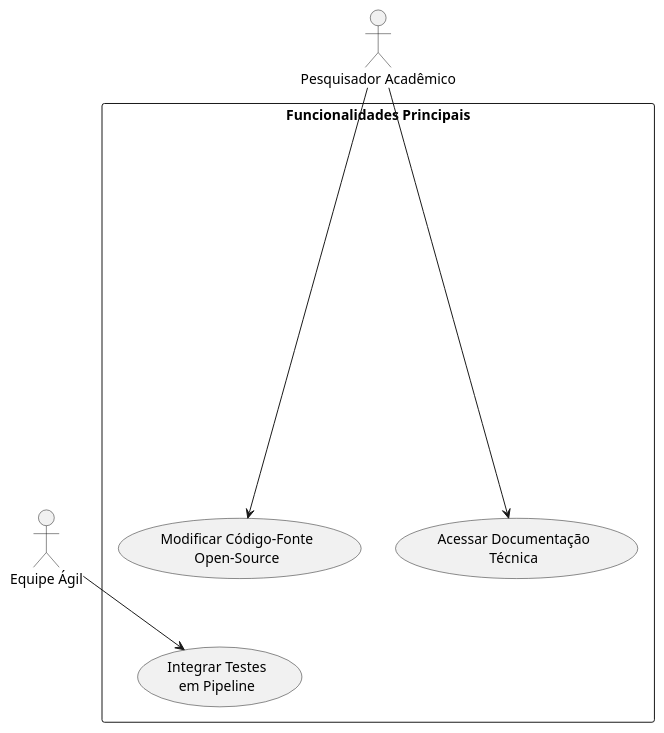
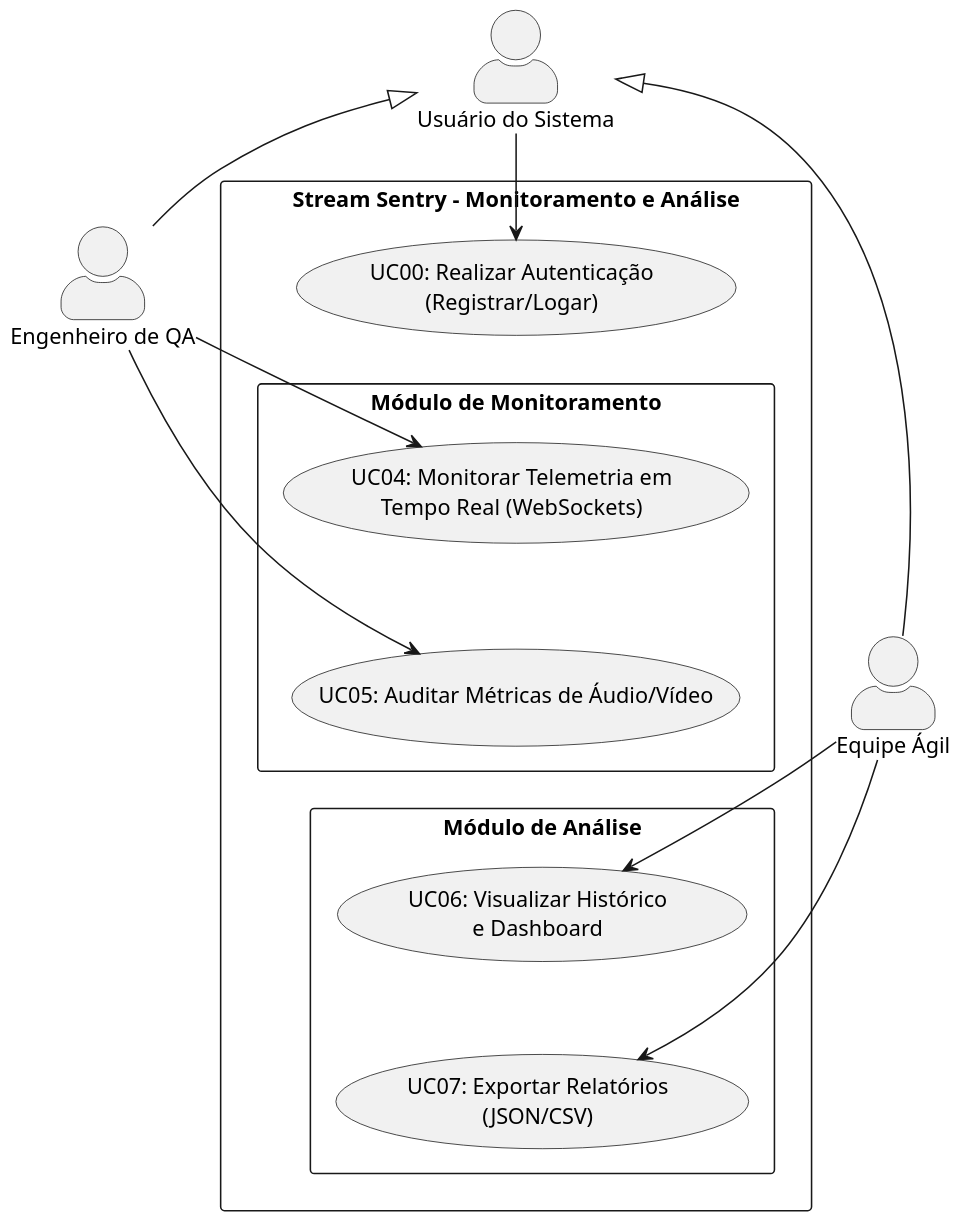
The diagram in Artefatos/CasosDeUsoSlides2.puml (ICEI-PUC-Minas-PPLES-TI/plf-es-2025-2-tcci-0393100-dev-rafael-parreira), drawn with PlantUML before and after one commit. The commit also changed 3 other files, not shown here.

First line of the commit message:
docs: adiciona recortes dos casos de uso usados na apresentacao

```diff
--- a/Artefatos/CasosDeUsoSlides2.puml
+++ b/Artefatos/CasosDeUsoSlides2.puml
@@ -1,27 +1,50 @@
 @startuml
+' Recorte 2/2 do diagrama de Casos de Uso para apresentacao.
+' Foco: Modulo de Monitoramento (Engenheiro de QA) e Modulo de Analise (Equipe Agil).
+' Diagrama completo em CasosDeUso.puml.
+
 top to bottom direction
+skinparam dpi 150
+skinparam packageStyle rectangle
+skinparam shadowing false
+skinparam actorStyle awesome
 
-actor "Pesquisador Acadêmico" as Pesquisador
+actor "Usuário do Sistema" as User
+actor "Engenheiro de QA" as QA
 actor "Equipe Ágil" as Equipe
 
-rectangle "Funcionalidades Principais\n\n\n\n\n\n\n\n\n\n\n\n\n\n\n\n\n\n\n\n" {
+' Herança: ambos os atores são Usuários e herdam a autenticação
+User <|-- QA
+User <|-- Equipe
 
-  usecase "Modificar Código-Fonte\nOpen-Source" as UC4
-  usecase "Acessar Documentação\nTécnica" as UC5
-  usecase "Integrar Testes\nem Pipeline" as UC6
+rectangle "Stream Sentry - Monitoramento e Análise" {
 
-  ' Organiza em duas colunas (pilhas de 2)
-  ' Coluna 1
-  UC4 -[hidden]down- UC6
-  ' Coluna 2
+    usecase "UC00: Realizar Autenticação\n(Registrar/Logar)" as UC_Auth
 
-  ' Alinha as duas colunas lado a lado
-  UC4 -[hidden]right- UC5
+    package "Módulo de Monitoramento" {
+        usecase "UC04: Monitorar Telemetria em\nTempo Real (WebSockets)" as UC_Live
+        usecase "UC05: Auditar Métricas de Áudio/Vídeo" as UC_Audit
+    }
+
+    package "Módulo de Análise" {
+        usecase "UC06: Visualizar Histórico\ne Dashboard" as UC_Dash
+        usecase "UC07: Exportar Relatórios\n(JSON/CSV)" as UC_Export
+    }
+
+    ' Empilha os use cases numa coluna (reduz a largura para os slides)
+    UC_Auth -[hidden]down-> UC_Live
+    UC_Live -[hidden]down-> UC_Audit
+    UC_Audit -[hidden]down-> UC_Dash
+    UC_Dash -[hidden]down-> UC_Export
 }
 
-Pesquisador --> UC4
-Pesquisador --> UC5
+' Apenas o ator genérico aponta para o Login (limpa o emaranhado)
+User --> UC_Auth
 
-Equipe --> UC6
+QA --> UC_Live
+QA --> UC_Audit
+
+Equipe --> UC_Dash
+Equipe --> UC_Export
 
 @enduml
```
